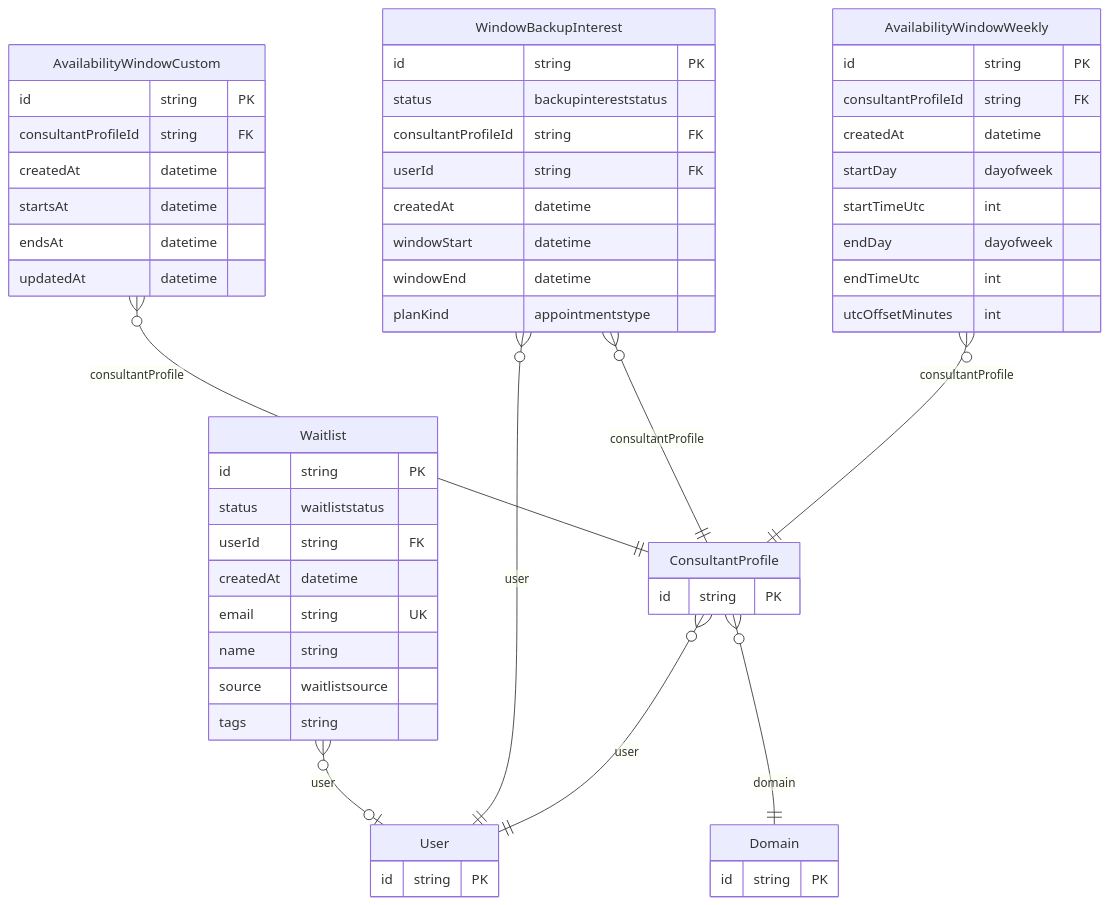
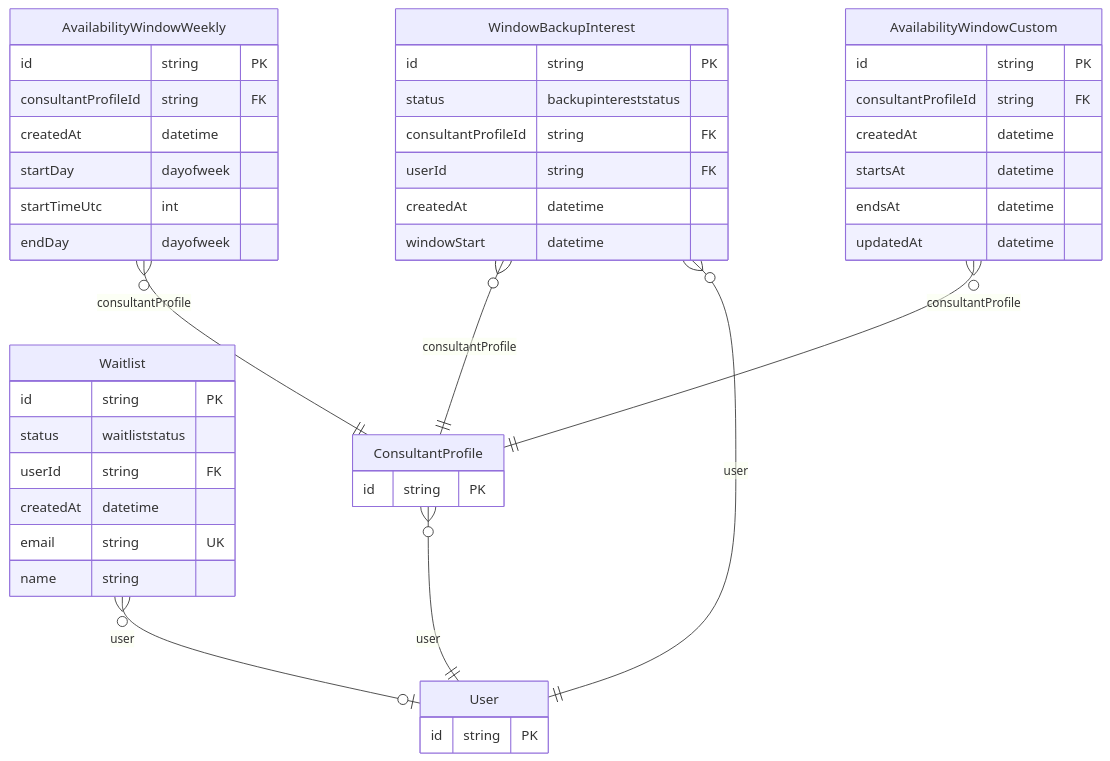
One commit to Practitionist/familiarise_web changed the third of 3 diagrams in docs/prisma/domains/02-plans-and-availability.md. Above: the diagram before and after it, drawn with Mermaid. The commit also changed other lines of this file and 14 other files, not shown here.

````diff
--- a/docs/prisma/domains/02-plans-and-availability.md
+++ b/docs/prisma/domains/02-plans-and-availability.md
@@ -205,57 +151,47 @@
 ```mermaid
 erDiagram
     AvailabilityWindowWeekly {
         id string PK
         consultantProfileId string FK
         createdAt datetime
         startDay dayofweek
         startTimeUtc int
         endDay dayofweek
-        endTimeUtc int
-        utcOffsetMinutes int
     }
     AvailabilityWindowCustom {
         id string PK
         consultantProfileId string FK
         createdAt datetime
         startsAt datetime
         endsAt datetime
         updatedAt datetime
     }
     WindowBackupInterest {
         id string PK
         status backupintereststatus
         consultantProfileId string FK
         userId string FK
         createdAt datetime
         windowStart datetime
-        windowEnd datetime
-        planKind appointmentstype
     }
     Waitlist {
         id string PK
         status waitliststatus
         userId string FK
         createdAt datetime
         email string UK
         name string
-        source waitlistsource
-        tags string
     }
     ConsultantProfile {
         id string PK
     }
     User {
         id string PK
     }
-    Domain {
-        id string PK
-    }
     AvailabilityWindowWeekly }o--|| ConsultantProfile : "consultantProfile"
     AvailabilityWindowCustom }o--|| ConsultantProfile : "consultantProfile"
     WindowBackupInterest }o--|| ConsultantProfile : "consultantProfile"
     WindowBackupInterest }o--|| User : "user"
     Waitlist }o--o| User : "user"
-    ConsultantProfile }o--|| Domain : "domain"
     ConsultantProfile }o--|| User : "user"
 ```
````
